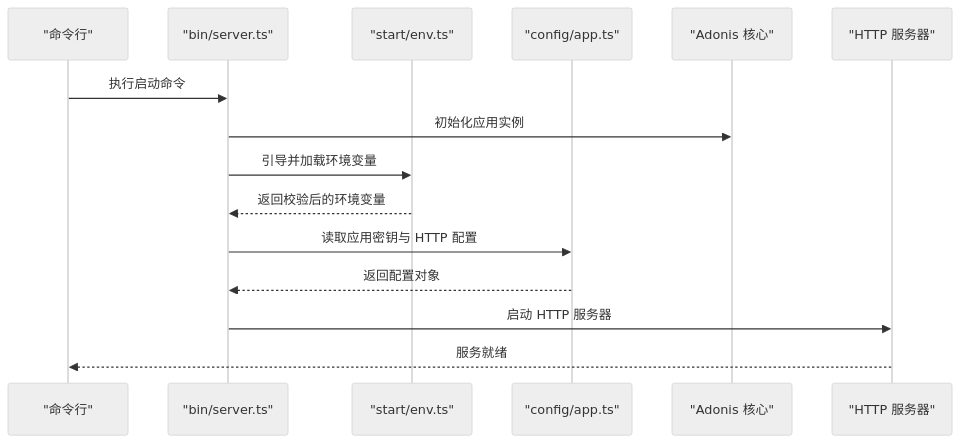
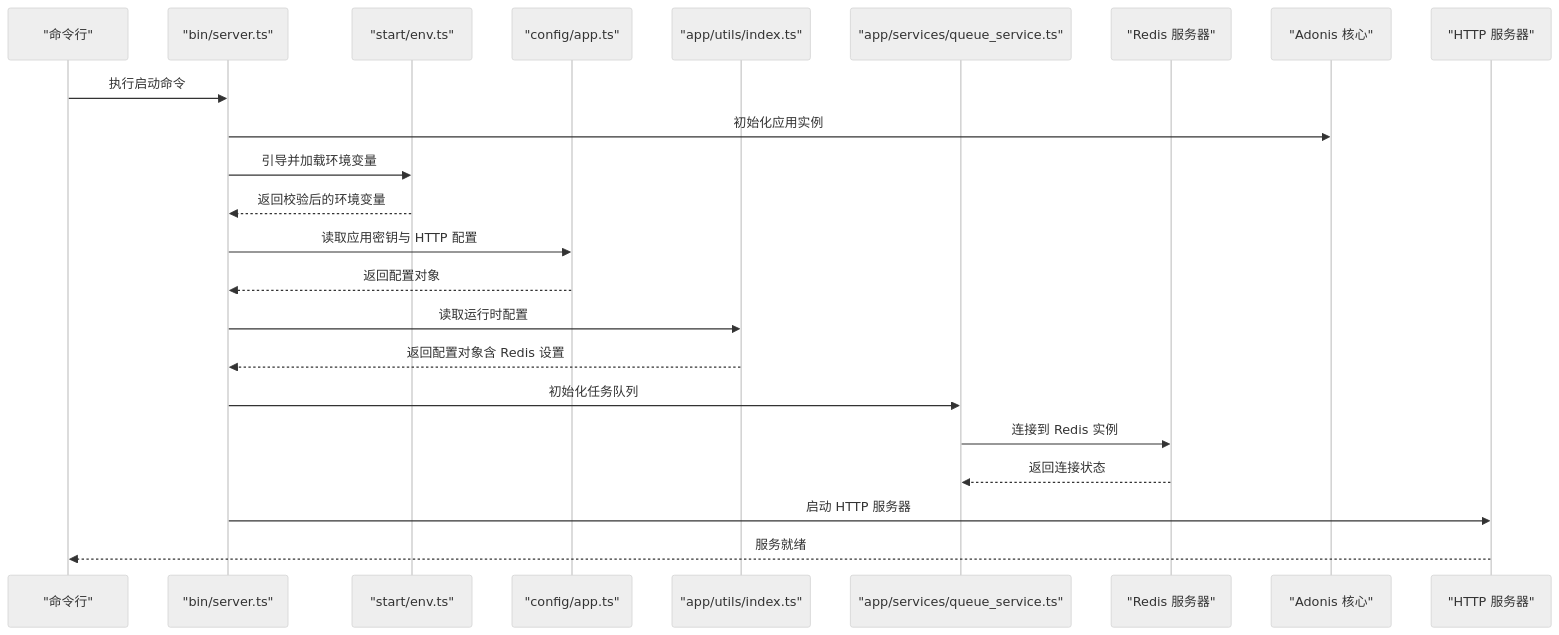
Before and after one commit to lkw199711/smanga-adonis: the second of 3 diagrams in .qoder/repowiki/zh/content/配置管理/应用配置.md, drawn with Mermaid (neutral theme). The commit also changed other lines of this file and 8 other files, not shown here.

````diff
--- a/.qoder/repowiki/zh/content/配置管理/应用配置.md
+++ b/.qoder/repowiki/zh/content/配置管理/应用配置.md
@@ -139,17 +162,25 @@
 ```mermaid
 sequenceDiagram
 participant CLI as "命令行"
 participant Server as "bin/server.ts"
 participant Env as "start/env.ts"
 participant AppCfg as "config/app.ts"
+participant Utils as "app/utils/index.ts"
+participant Queue as "app/services/queue_service.ts"
+participant Redis as "Redis 服务器"
 participant Kernel as "Adonis 核心"
 participant HTTP as "HTTP 服务器"
 CLI->>Server : 执行启动命令
 Server->>Kernel : 初始化应用实例
 Server->>Env : 引导并加载环境变量
 Env-->>Server : 返回校验后的环境变量
 Server->>AppCfg : 读取应用密钥与 HTTP 配置
 AppCfg-->>Server : 返回配置对象
+Server->>Utils : 读取运行时配置
+Utils-->>Server : 返回配置对象含 Redis 设置
+Server->>Queue : 初始化任务队列
+Queue->>Redis : 连接到 Redis 实例
+Redis-->>Queue : 返回连接状态
 Server->>HTTP : 启动 HTTP 服务器
 HTTP-->>CLI : 服务就绪
 ```
````
